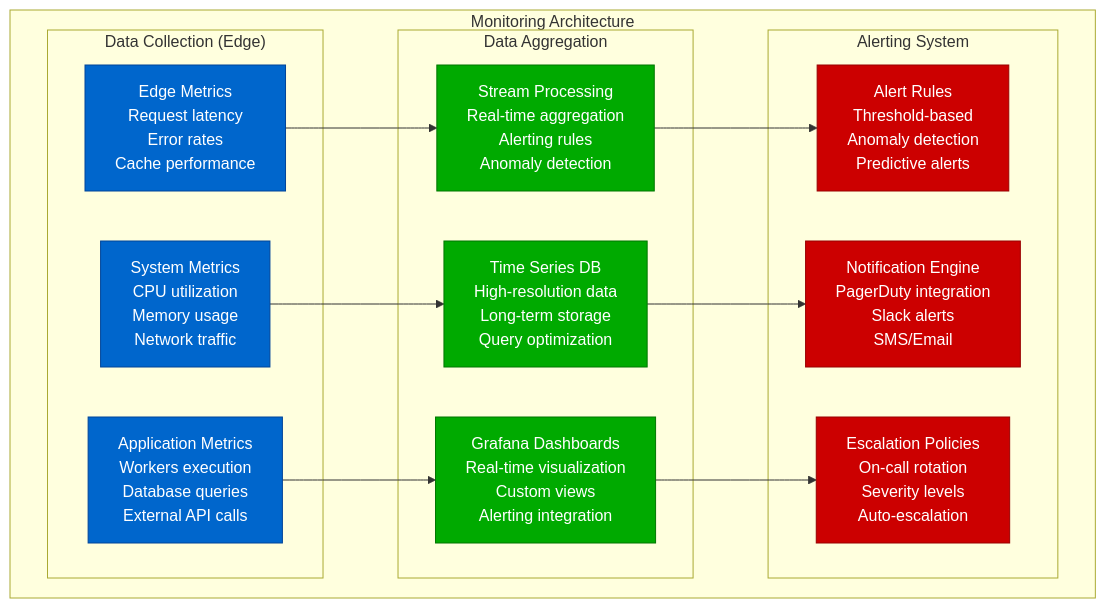
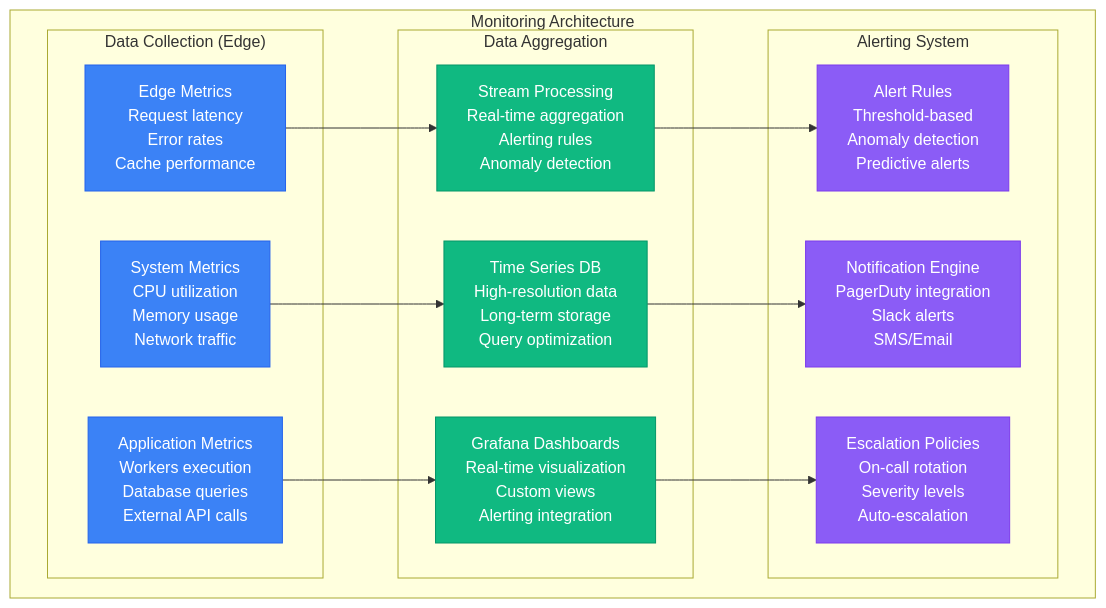
The fourth of 8 diagrams in site/docs/systems/cloudflare/production-operations.md (deepaucksharma/DS), drawn with Mermaid before and after one commit. The commit also changed other lines of this file and 303 other files, not shown here.

````diff
--- a/site/docs/systems/cloudflare/production-operations.md
+++ b/site/docs/systems/cloudflare/production-operations.md
@@ -198,40 +198,40 @@
 ```mermaid
 graph TB
     subgraph "Monitoring Architecture"
         subgraph "Data Collection (Edge)"
             EDGE_METRICS[Edge Metrics<br/>Request latency<br/>Error rates<br/>Cache performance]
             SYSTEM_METRICS[System Metrics<br/>CPU utilization<br/>Memory usage<br/>Network traffic]
             APP_METRICS[Application Metrics<br/>Workers execution<br/>Database queries<br/>External API calls]
         end
 
         subgraph "Data Aggregation"
             STREAM_PROC[Stream Processing<br/>Real-time aggregation<br/>Alerting rules<br/>Anomaly detection]
             TIME_SERIES[Time Series DB<br/>High-resolution data<br/>Long-term storage<br/>Query optimization]
             DASHBOARDS[Grafana Dashboards<br/>Real-time visualization<br/>Custom views<br/>Alerting integration]
         end
 
         subgraph "Alerting System"
             ALERT_RULES[Alert Rules<br/>Threshold-based<br/>Anomaly detection<br/>Predictive alerts]
             NOTIFICATION[Notification Engine<br/>PagerDuty integration<br/>Slack alerts<br/>SMS/Email]
             ESCALATION[Escalation Policies<br/>On-call rotation<br/>Severity levels<br/>Auto-escalation]
         end
     end
 
     %% Data flow
     EDGE_METRICS --> STREAM_PROC
     SYSTEM_METRICS --> TIME_SERIES
     APP_METRICS --> DASHBOARDS
 
     STREAM_PROC --> ALERT_RULES
     TIME_SERIES --> NOTIFICATION
     DASHBOARDS --> ESCALATION
 
     %% Apply monitoring colors
-    classDef collectionStyle fill:#0066CC,stroke:#004499,color:#fff
-    classDef aggregationStyle fill:#00AA00,stroke:#007700,color:#fff
-    classDef alertingStyle fill:#CC0000,stroke:#990000,color:#fff
+    classDef collectionStyle fill:#3B82F6,stroke:#2563EB,color:#fff
+    classDef aggregationStyle fill:#10B981,stroke:#059669,color:#fff
+    classDef alertingStyle fill:#8B5CF6,stroke:#7C3AED,color:#fff
 
     class EDGE_METRICS,SYSTEM_METRICS,APP_METRICS collectionStyle
     class STREAM_PROC,TIME_SERIES,DASHBOARDS aggregationStyle
     class ALERT_RULES,NOTIFICATION,ESCALATION alertingStyle
 ```
````
